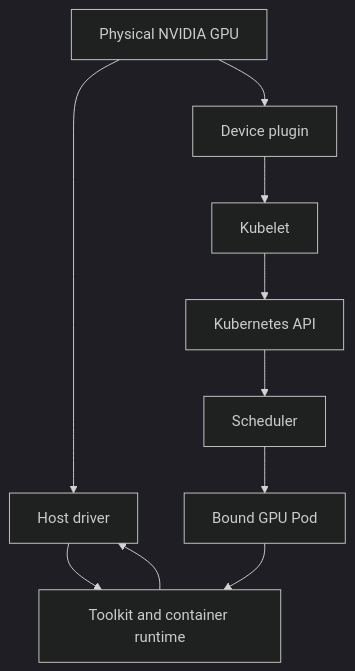
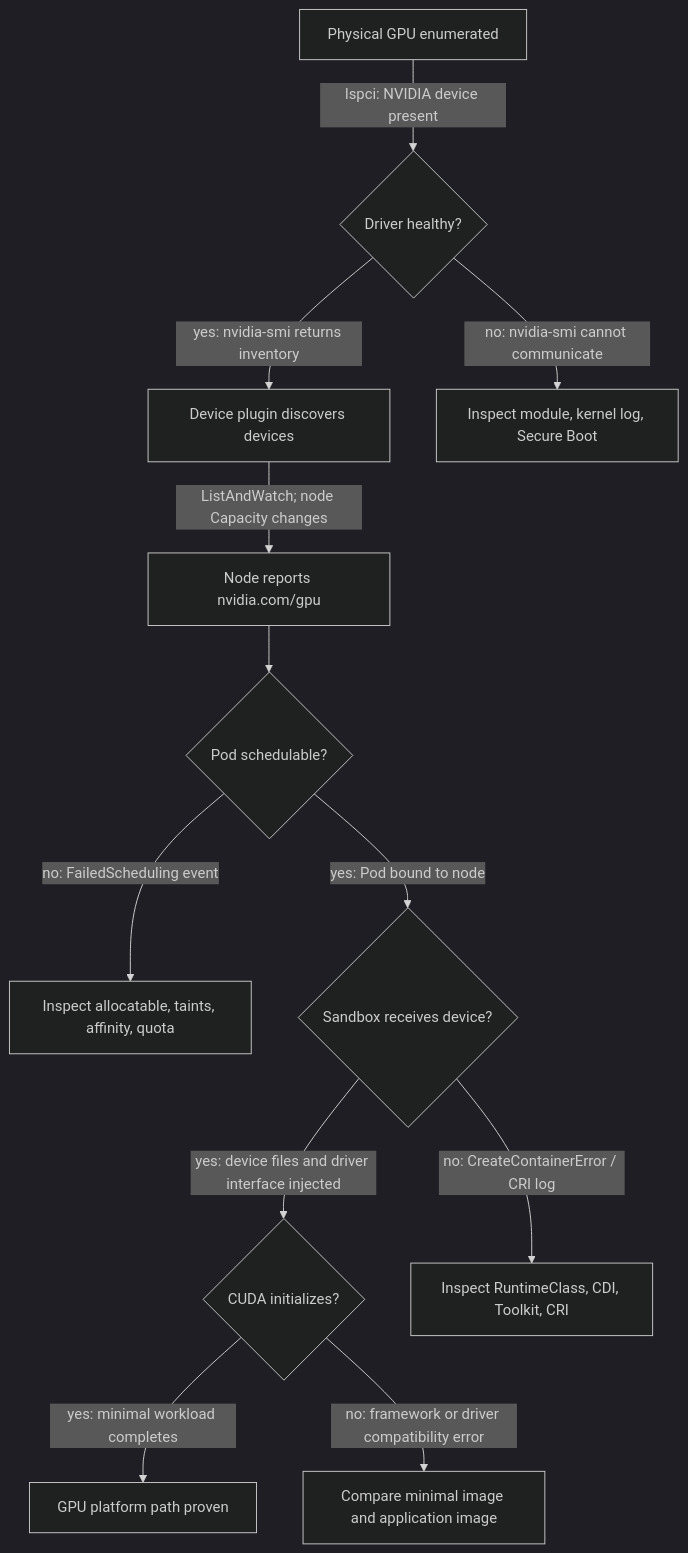
Before and after one commit to jithinpnjm/nvidia-devops: the first of 2 diagrams in docs/nvidia-zero-to-hero/volume-10/chapter-01-why-kubernetes-needs-a-gpu-platform-layer.md, drawn with Mermaid (dark theme). The commit also changed other lines of this file, not shown here.

````diff
--- a/docs/nvidia-zero-to-hero/volume-10/chapter-01-why-kubernetes-needs-a-gpu-platform-layer.md
+++ b/docs/nvidia-zero-to-hero/volume-10/chapter-01-why-kubernetes-needs-a-gpu-platform-layer.md
@@ -26,11 +26,14 @@
 ```mermaid
 flowchart TD
-    GPU[Physical NVIDIA GPU] --> Driver[Host driver]
-    Driver --> Runtime[Toolkit and container runtime]
-    GPU --> DP[Device plugin]
-    DP --> Kubelet[Kubelet]
-    Kubelet --> API[Kubernetes API]
-    API --> Scheduler[Scheduler]
-    Scheduler --> Pod[Bound GPU Pod]
-    Pod --> Runtime --> Driver
+    GPU[Physical GPU enumerated] -->|"lspci: NVIDIA device present"| Driver{Driver healthy?}
+    Driver -->|"yes: nvidia-smi returns inventory"| Plugin[Device plugin discovers devices]
+    Driver -->|"no: nvidia-smi cannot communicate"| HostFix[Inspect module, kernel log, Secure Boot]
+    Plugin -->|"ListAndWatch; node Capacity changes"| API[Node reports nvidia.com/gpu]
+    API --> Sched{Pod schedulable?}
+    Sched -->|"no: FailedScheduling event"| PolicyFix[Inspect allocatable, taints, affinity, quota]
+    Sched -->|"yes: Pod bound to node"| Runtime{Sandbox receives device?}
+    Runtime -->|"yes: device files and driver interface injected"| CUDA{CUDA initializes?}
+    Runtime -->|"no: CreateContainerError / CRI log"| RuntimeFix[Inspect RuntimeClass, CDI, Toolkit, CRI]
+    CUDA -->|"yes: minimal workload completes"| Ready[GPU platform path proven]
+    CUDA -->|"no: framework or driver compatibility error"| ImageFix[Compare minimal image and application image]
 ```
````
